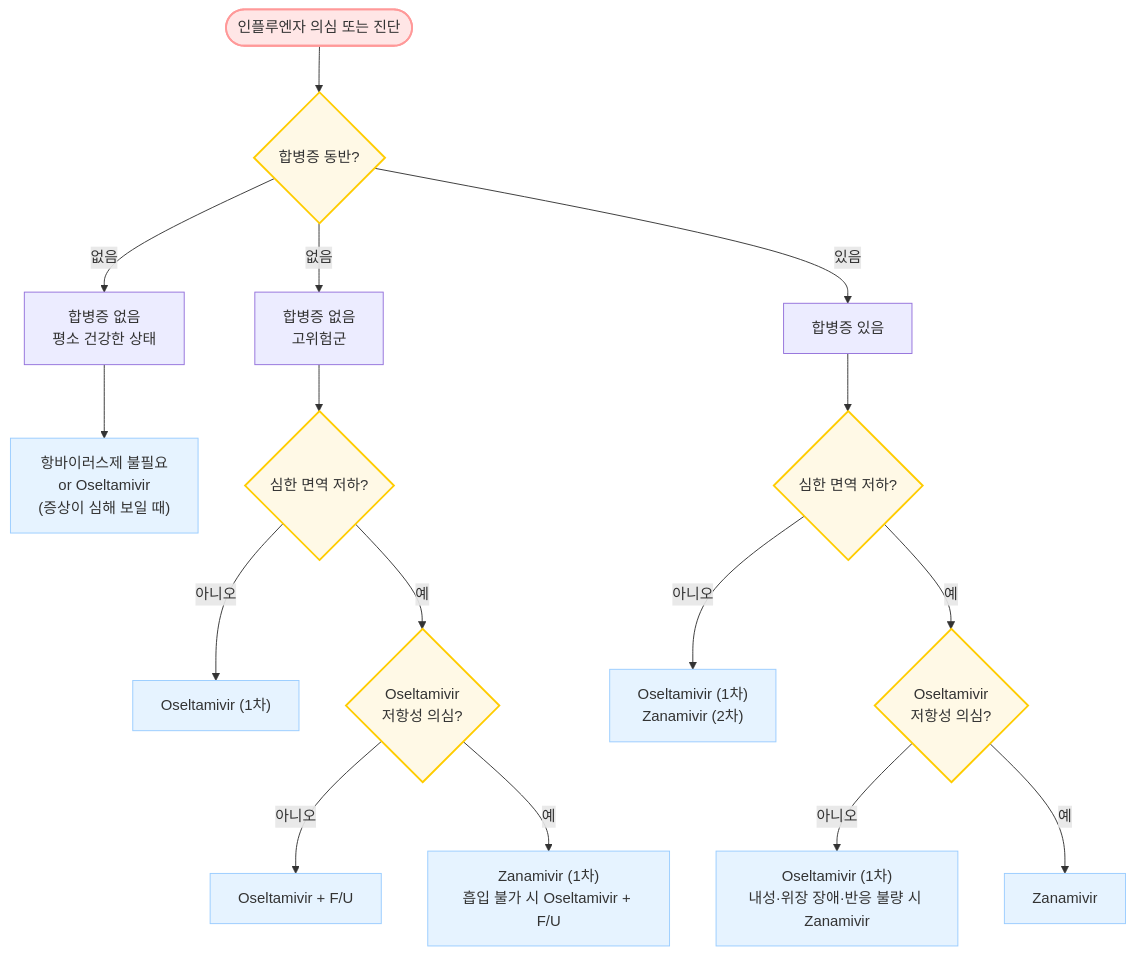
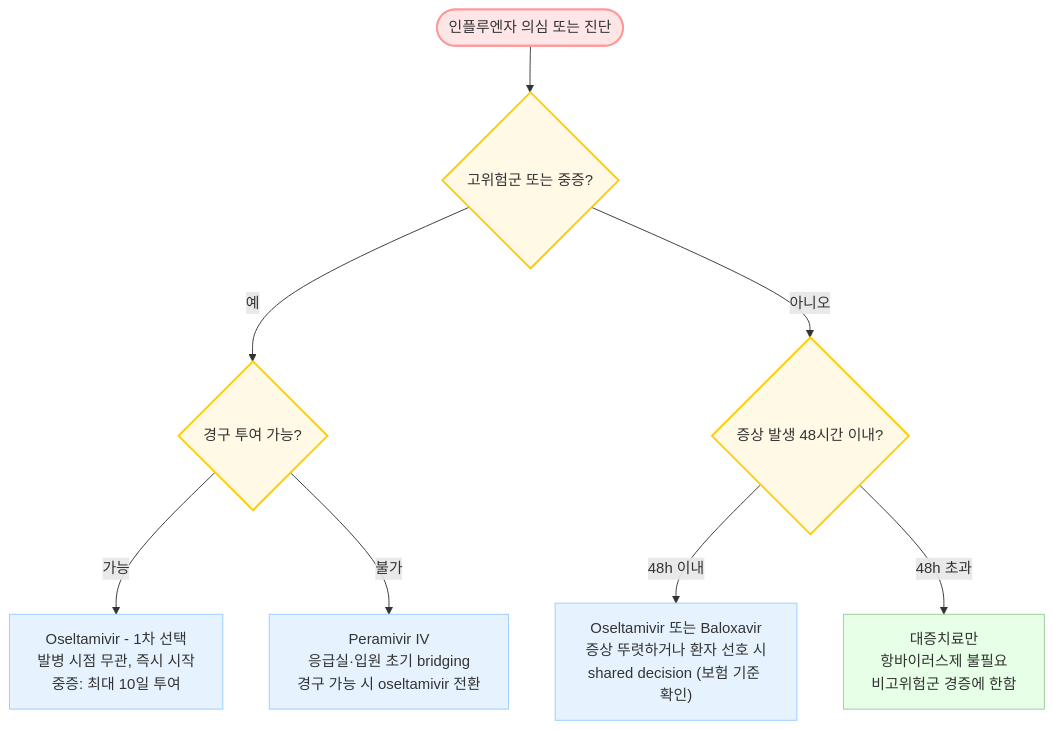
One commit to familyoh77/familyoh77 changed the diagram in 223_/069_-influenza.md. Above: the diagram before and after it, drawn with Mermaid. The commit also changed other lines of this file, not shown here.

````diff
--- a/223_/069_-influenza.md
+++ b/223_/069_-influenza.md
@@ -119,57 +169,30 @@
 ```mermaid
 graph TD
     Start([인플루엔자 의심 또는 진단])
-    
-    Comp{합병증 동반?}
-    
-    Healthy["합병증 없음<br/>평소 건강한 상태"]
-    HighRisk["합병증 없음<br/>고위험군"]
-    CompYes["합병증 있음"]
-    
-    Immune1{심한 면역 저하?}
-    Immune2{심한 면역 저하?}
-    
-    Resist1{Oseltamivir<br/>저항성 의심?}
-    Resist2{Oseltamivir<br/>저항성 의심?}
-    
-    Res_Healthy["항바이러스제 불필요<br/>or Oseltamivir<br/>(증상이 심해 보일 때)"]
-    Res_NoImmune["Oseltamivir (1차)"]
-    Res_Resist1_No["Oseltamivir + F/U"]
-    Res_Resist1_Yes["Zanamivir (1차)<br/>흡입 불가 시 Oseltamivir + F/U"]
-    
-    Res_Immune2_No["Oseltamivir (1차)<br/>Zanamivir (2차)"]
-    Res_Resist2_No["Oseltamivir (1차)<br/>내성·위장 장애·반응 불량 시 Zanamivir"]
-    Res_Resist2_Yes["Zanamivir"]
 
-    Start --> Comp
-    Comp -- 없음 --> Healthy
-    Comp -- 없음 --> HighRisk
-    Comp -- 있음 --> CompYes
-    
-    Healthy --> Res_Healthy
-    HighRisk --> Immune1
-    Immune1 -- 아니오 --> Res_NoImmune
-    Immune1 -- 예 --> Resist1
-    Resist1 -- 아니오 --> Res_Resist1_No
-    Resist1 -- 예 --> Res_Resist1_Yes
-    
-    CompYes --> Immune2
-    Immune2 -- 아니오 --> Res_Immune2_No
-    Immune2 -- 예 --> Resist2
-    Resist2 -- 아니오 --> Res_Resist2_No
-    Resist2 -- 예 --> Res_Resist2_Yes
+    Q1{고위험군 또는 중증?}
+    Q2{증상 발생 48시간 이내?}
+    Q3{경구 투여 가능?}
+
+    R1["Oseltamivir - 1차 선택<br/>발병 시점 무관, 즉시 시작<br/>중증: 최대 10일 투여"]
+    R2["Oseltamivir 또는 Baloxavir<br/>증상 뚜렷하거나 환자 선호 시<br/>shared decision (보험 기준 확인)"]
+    R3["대증치료만<br/>항바이러스제 불필요<br/>비고위험군 경증에 한함"]
+    R4["Peramivir IV<br/>응급실·입원 초기 bridging<br/>경구 가능 시 oseltamivir 전환"]
+
+    Start --> Q1
+    Q1 -- 예 --> Q3
+    Q1 -- 아니오 --> Q2
+    Q2 -- 48h 이내 --> R2
+    Q2 -- 48h 초과 --> R3
+    Q3 -- 가능 --> R1
+    Q3 -- 불가 --> R4
 
     style Start fill:#ffe6e6,stroke:#ff9999,stroke-width:2px
-    style Comp fill:#fff9e6,stroke:#ffcc00,stroke-width:2px
-    style Immune1 fill:#fff9e6,stroke:#ffcc00,stroke-width:2px
-    style Immune2 fill:#fff9e6,stroke:#ffcc00,stroke-width:2px
-    style Resist1 fill:#fff9e6,stroke:#ffcc00,stroke-width:2px
-    style Resist2 fill:#fff9e6,stroke:#ffcc00,stroke-width:2px
-    style Res_Healthy fill:#e6f3ff,stroke:#99ccff
-    style Res_NoImmune fill:#e6f3ff,stroke:#99ccff
-    style Res_Resist1_No fill:#e6f3ff,stroke:#99ccff
-    style Res_Resist1_Yes fill:#e6f3ff,stroke:#99ccff
-    style Res_Immune2_No fill:#e6f3ff,stroke:#99ccff
-    style Res_Resist2_No fill:#e6f3ff,stroke:#99ccff
-    style Res_Resist2_Yes fill:#e6f3ff,stroke:#99ccff
+    style Q1 fill:#fff9e6,stroke:#ffcc00,stroke-width:2px
+    style Q2 fill:#fff9e6,stroke:#ffcc00,stroke-width:2px
+    style Q3 fill:#fff9e6,stroke:#ffcc00,stroke-width:2px
+    style R1 fill:#e6f3ff,stroke:#99ccff
+    style R2 fill:#e6f3ff,stroke:#99ccff
+    style R3 fill:#e6ffe6,stroke:#99cc99
+    style R4 fill:#e6f3ff,stroke:#99ccff
 ```
````
